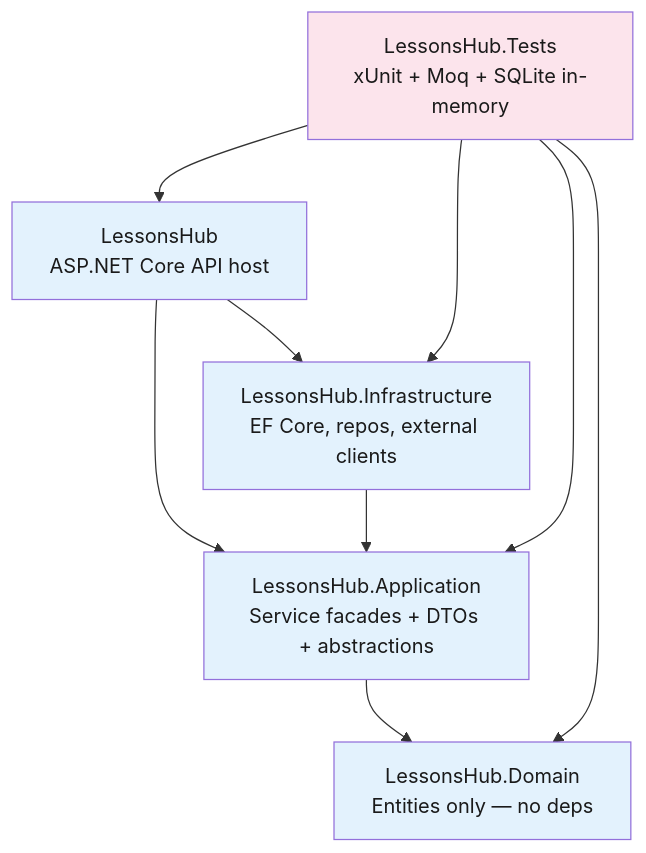
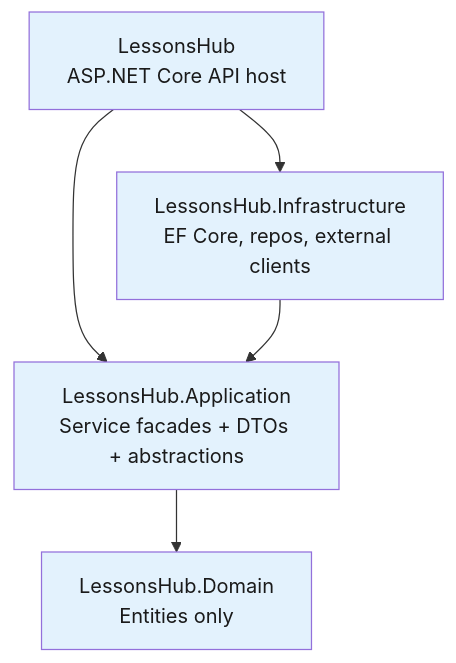
One commit to Dockdep/LessonHub changed the first of 2 diagrams in diagrams/backend/01-architecture.md. Above: the diagram before and after it, drawn with Mermaid. The commit also changed other lines of this file and 36 other files, not shown here.

````diff
--- a/diagrams/backend/01-architecture.md
+++ b/diagrams/backend/01-architecture.md
@@ -9,20 +9,14 @@
 ```mermaid
 flowchart TD
   classDef proj fill:#e3f2fd,color:#1a1a1a
-  classDef test fill:#fce4ec,color:#1a1a1a
 
   api[LessonsHub<br/>ASP.NET Core API host]:::proj
   app[LessonsHub.Application<br/>Service facades + DTOs + abstractions]:::proj
   inf[LessonsHub.Infrastructure<br/>EF Core, repos, external clients]:::proj
-  dom[LessonsHub.Domain<br/>Entities only — no deps]:::proj
-  tst[LessonsHub.Tests<br/>xUnit + Moq + SQLite in-memory]:::test
+  dom[LessonsHub.Domain<br/>Entities only]:::proj
 
   api --> app
   api --> inf
   app --> dom
   inf --> app
-  tst --> api
-  tst --> app
-  tst --> inf
-  tst --> dom
 ```
````
